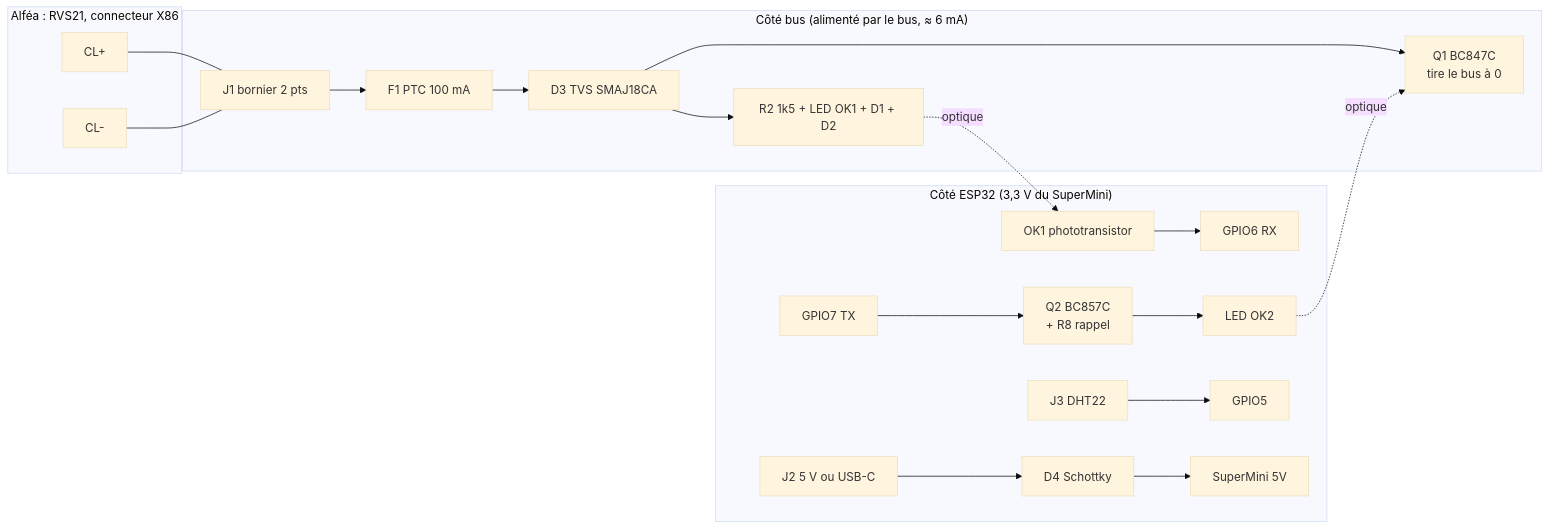
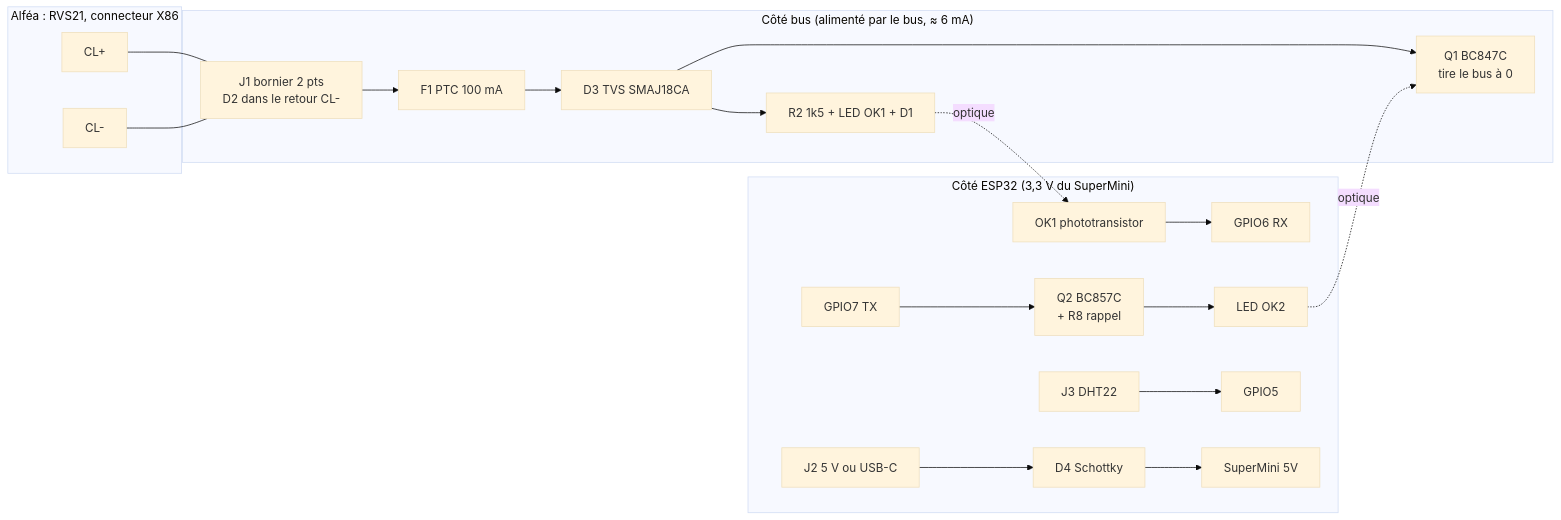
Before and after one commit to adn05/BSB-LAN: the diagram in docs/claude/09_design_carte_interface.md, drawn with Mermaid (base theme). The commit also changed other lines of this file and 6 other files, not shown here.

````diff
--- a/docs/claude/09_design_carte_interface.md
+++ b/docs/claude/09_design_carte_interface.md
@@ -15,23 +15,23 @@
 ```mermaid
 flowchart LR
   subgraph PAC["Alféa : RVS21, connecteur X86"]
     CLP[CL+]
     CLM[CL-]
   end
   subgraph BUS["Côté bus (alimenté par le bus, ≈ 6 mA)"]
-    J1[J1 bornier 2 pts] --> F1[F1 PTC 100 mA]
+    J1[J1 bornier 2 pts<br/>D2 dans le retour CL-] --> F1[F1 PTC 100 mA]
     F1 --> TVS[D3 TVS SMAJ18CA]
-    TVS --> RXL[R2 1k5 + LED OK1 + D1 + D2]
+    TVS --> RXL[R2 1k5 + LED OK1 + D1]
     TVS --> Q1[Q1 BC847C<br/>tire le bus à 0]
   end
   subgraph MCU["Côté ESP32 (3,3 V du SuperMini)"]
     OK1T[OK1 phototransistor] --> RX[GPIO6 RX]
     TX[GPIO7 TX] --> Q2[Q2 BC857C<br/>+ R8 rappel] --> OK2L[LED OK2]
     DHT[J3 DHT22] --> G5[GPIO5]
     P5[J2 5 V ou USB-C] --> D4[D4 Schottky] --> SM[SuperMini 5V]
   end
   CLP --- J1
   CLM --- J1
   RXL -. optique .-> OK1T
   OK2L -. optique .-> Q1
 ```
````
